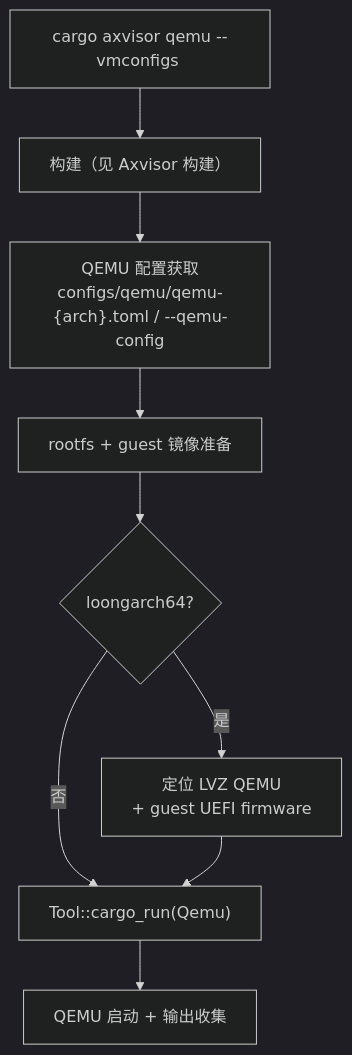
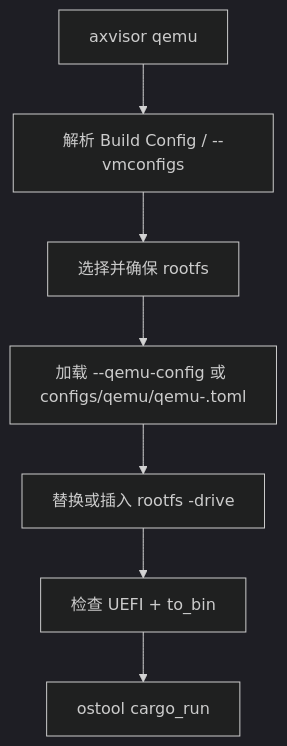
Before and after one commit to rcore-os/tgoskits: the diagram in docs/docs/build/axvisor/runtime.md, drawn with Mermaid (dark theme). The commit also changed other lines of this file and 18 other files, not shown here.

Commit message:
docs(axbuild): rewrite build system docs around explicit config contracts and add ktest/agent-review-bench pages

````diff
--- a/docs/docs/build/axvisor/runtime.md
+++ b/docs/docs/build/axvisor/runtime.md
@@ -22,11 +14,9 @@
 ```mermaid
 flowchart TD
-    A["cargo axvisor qemu --vmconfigs <cfg>"] --> B["构建（见 Axvisor 构建）"]
-    B --> C["QEMU 配置获取<br/>configs/qemu/qemu-{arch}.toml / --qemu-config"]
-    C --> D["rootfs + guest 镜像准备"]
-    D --> E{"loongarch64?"}
-    E -->|"是"| F["定位 LVZ QEMU<br/>+ guest UEFI firmware"]
-    E -->|"否"| G["Tool::cargo_run(Qemu)"]
-    F --> G
-    G --> H["QEMU 启动 + 输出收集"]
+    A["axvisor qemu"] --> B["解析 Build Config / --vmconfigs"]
+    B --> C["选择并确保 rootfs"]
+    C --> D["加载 --qemu-config 或 configs/qemu/qemu-<arch>.toml"]
+    D --> E["替换或插入 rootfs -drive"]
+    E --> F["检查 UEFI + to_bin"]
+    F --> G["ostool cargo_run"]
 ```
````
